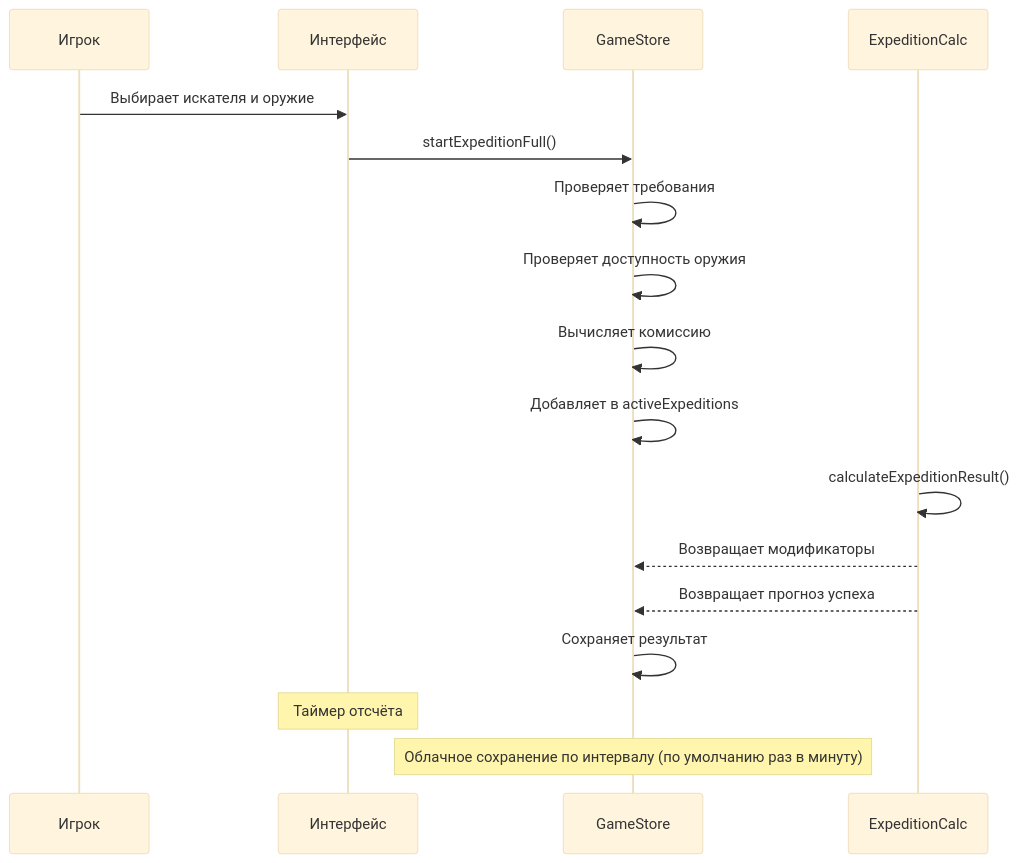
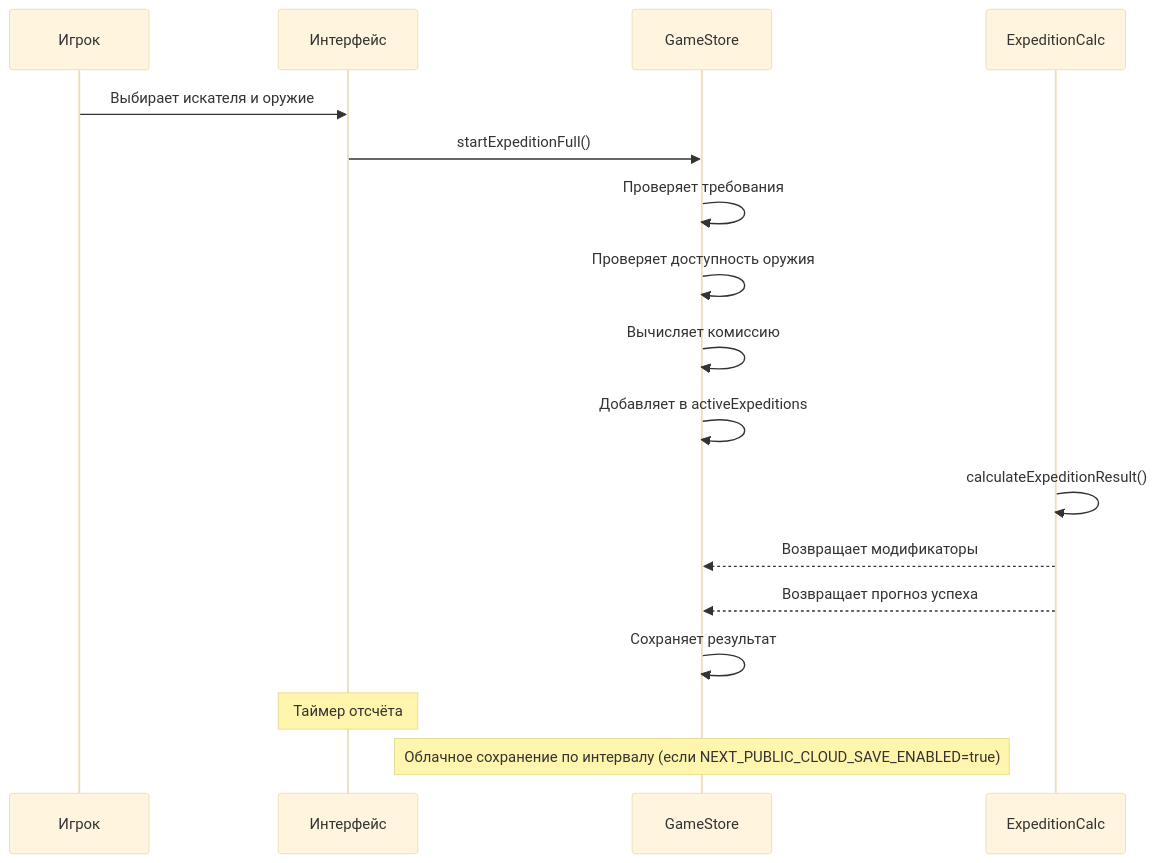
Before and after one commit to telldrasilo/swordcraft-turso-v3: the third of 3 diagrams in docs/01_ARCHITECTURE.md, drawn with Mermaid (base theme). The commit also changed other lines of this file and 129 other files, not shown here.

````diff
--- a/docs/01_ARCHITECTURE.md
+++ b/docs/01_ARCHITECTURE.md
@@ -156,21 +156,21 @@
 ```mermaid
 sequenceDiagram
     participant Player as Игрок
     participant UI as Интерфейс
     participant Store as GameStore
     participant Calc as ExpeditionCalc
     
     Player->>UI: Выбирает искателя и оружие
     UI->>Store: startExpeditionFull()
     Store->>Store: Проверяет требования
     Store->>Store: Проверяет доступность оружия
     Store->>Store: Вычисляет комиссию
     Store->>Store: Добавляет в activeExpeditions
     Calc->>Calc: calculateExpeditionResult()
     Calc-->>Store: Возвращает модификаторы
     Calc-->>Store: Возвращает прогноз успеха
     Store->>Store: Сохраняет результат
     
     Note over UI: Таймер отсчёта
-    Note over Store: Облачное сохранение по интервалу (по умолчанию раз в минуту)
+    Note over Store: Облачное сохранение по интервалу (если NEXT_PUBLIC_CLOUD_SAVE_ENABLED=true)
 ```
````
